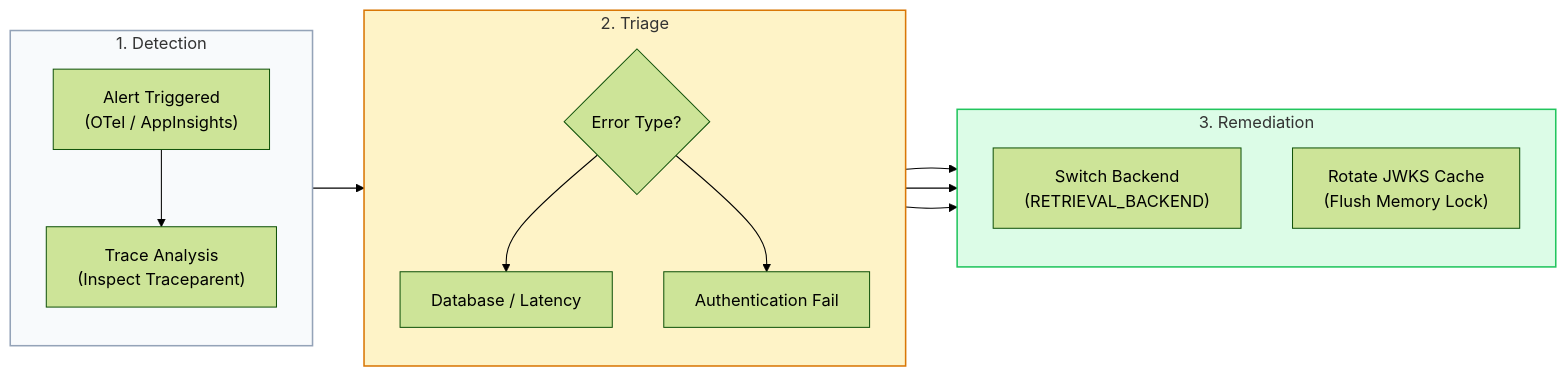
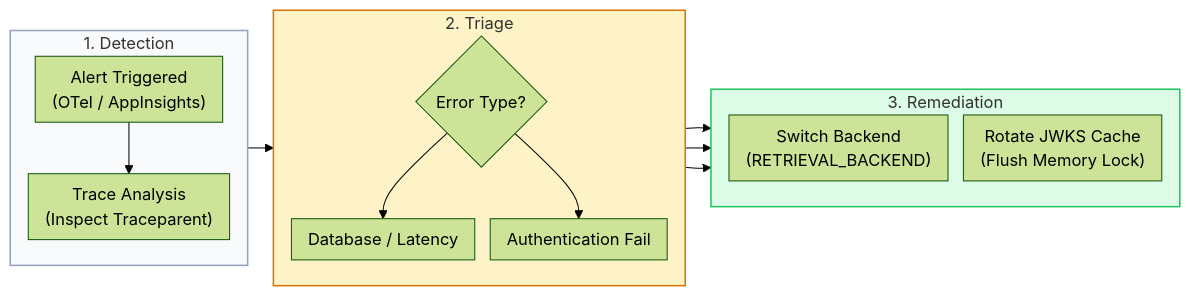
Before and after one commit to Kenono2000/enterprise-rag-pgvector-rbac: the ninth of 9 diagrams in README.md, drawn with Mermaid (forest theme). The commit also changed other lines of this file, not shown here.

````diff
--- a/README.md
+++ b/README.md
@@ -594,33 +375,22 @@
 ```mermaid
+%%{init: {'flowchart': {'nodeSpacing': 15, 'rankSpacing': 25, 'padding': 8}}}%%
 flowchart LR
     subgraph Detection ["1. Detection"]
         direction TB
-        Alert["Alert Triggered<br/>(OTel / AppInsights)"]
-        Trace["Trace Analysis<br/>(Inspect Traceparent)"]
-        Alert --> Trace
+        Alert["Alert Triggered<br/>(OTel / AppInsights)"] --> Trace["Trace Analysis<br/>(Inspect Traceparent)"]
     end
-
     subgraph Triage ["2. Triage"]
         direction TB
-        ErrorClass{"Error Type?"}
-        DBErr["Database / Latency"]
-        AuthErr["Authentication Fail"]
-        ErrorClass --> DBErr
-        ErrorClass --> AuthErr
+        ErrorClass{"Error Type?"} --> DBErr["Database / Latency"]
+        ErrorClass --> AuthErr["Authentication Fail"]
     end
-
     subgraph Remediation ["3. Remediation"]
         direction TB
-        Action1["Switch Backend<br/>(RETRIEVAL_BACKEND)"]
-        Action2["Rotate JWKS Cache<br/>(Flush Memory Lock)"]
-        DBErr --> Action1
-        AuthErr --> Action2
+        DBErr --> Action1["Switch Backend<br/>(RETRIEVAL_BACKEND)"]
+        AuthErr --> Action2["Rotate JWKS Cache<br/>(Flush Memory Lock)"]
     end
-
-    Detection --> Triage
-    Triage --> Remediation
-
+    Detection --> Triage --> Remediation
     style Detection fill:#f8fafc,stroke:#94a3b8,stroke-width:1.5px
     style Triage fill:#fef3c7,stroke:#d97706,stroke-width:1.5px
     style Remediation fill:#dcfce7,stroke:#22c55e,stroke-width:1.5px
 ```
````
